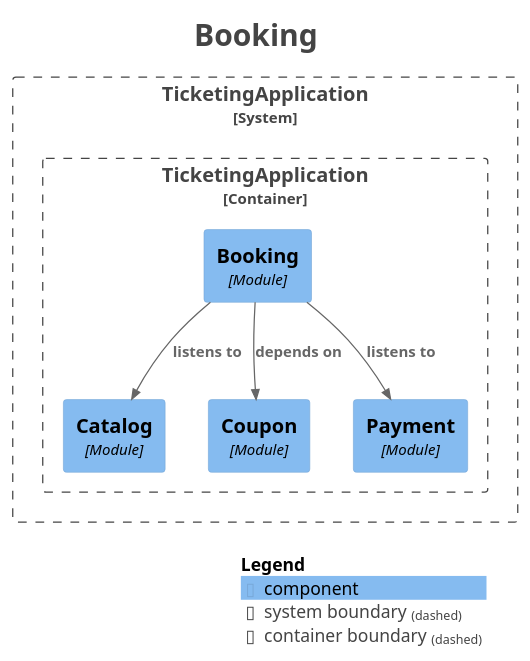
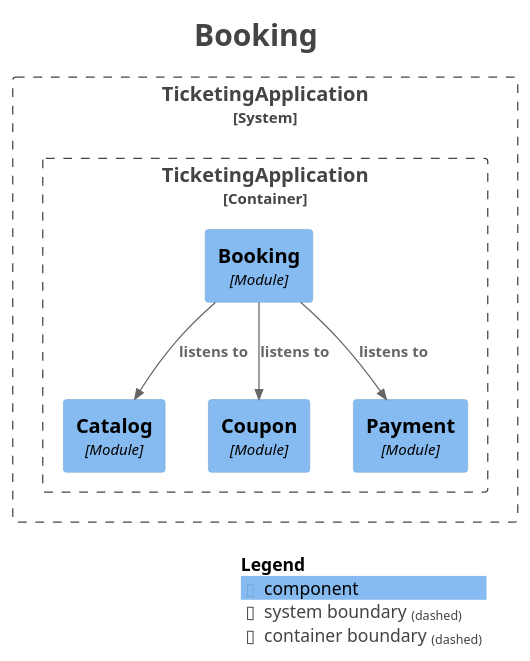
One commit to jkonury/ticketing changed the diagram in docs/modulith/module-booking.puml. Above: the diagram before and after it, drawn with PlantUML. The commit also changed 18 other files, not shown here.

```diff
--- a/docs/modulith/module-booking.puml
+++ b/docs/modulith/module-booking.puml
@@ -1,34 +1,34 @@
 @startuml
 title <size:24>Booking</size>
 
 set separator none
 top to bottom direction
 
 <style>
   root {
     BackgroundColor: #ffffff
     FontColor: #444444
   }
 </style>
 
 !include <C4/C4>
 !include <C4/C4_Context>
 !include <C4/C4_Component>
 
 System_Boundary("TicketingApplication_boundary", "TicketingApplication", $tags="") {
   Container_Boundary("TicketingApplication.TicketingApplication_boundary", "TicketingApplication", $tags="") {
     Component(TicketingApplication.TicketingApplication.Catalog, "Catalog", $techn="Module", $descr="", $tags="", $link="")
     Component(TicketingApplication.TicketingApplication.Coupon, "Coupon", $techn="Module", $descr="", $tags="", $link="")
     Component(TicketingApplication.TicketingApplication.Payment, "Payment", $techn="Module", $descr="", $tags="", $link="")
     Component(TicketingApplication.TicketingApplication.Booking, "Booking", $techn="Module", $descr="", $tags="", $link="")
   }
 
 }
 
+Rel(TicketingApplication.TicketingApplication.Booking, TicketingApplication.TicketingApplication.Coupon, "listens to", $techn="", $tags="", $link="")
 Rel(TicketingApplication.TicketingApplication.Booking, TicketingApplication.TicketingApplication.Payment, "listens to", $techn="", $tags="", $link="")
 Rel(TicketingApplication.TicketingApplication.Booking, TicketingApplication.TicketingApplication.Catalog, "listens to", $techn="", $tags="", $link="")
-Rel(TicketingApplication.TicketingApplication.Booking, TicketingApplication.TicketingApplication.Coupon, "depends on", $techn="", $tags="", $link="")
 
 SHOW_LEGEND(true)
 hide stereotypes
 @enduml
```
